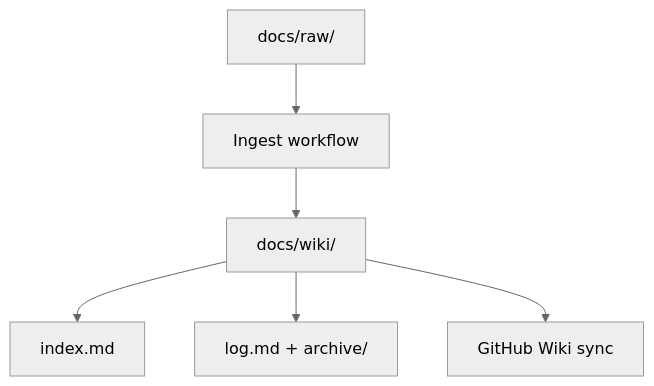
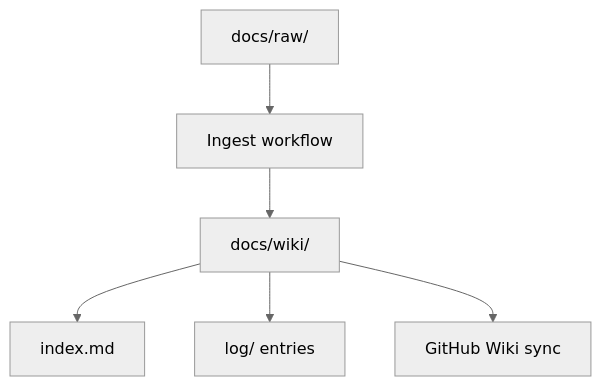
One commit to seantomburke/llm-wiki-template changed the diagram in docs/AGENTS.md. Above: the diagram before and after it, drawn with Mermaid (neutral theme). The commit also changed other lines of this file and 9 other files, not shown here.

````diff
--- a/docs/AGENTS.md
+++ b/docs/AGENTS.md
@@ -212,8 +190,8 @@
 ```mermaid
 flowchart TD
     Sources["docs/raw/"] --> Ingest["Ingest workflow"]
     Ingest --> Wiki["docs/wiki/"]
     Wiki --> Index["index.md"]
-    Wiki --> Log["log.md + archive/"]
+    Wiki --> Log["log/ entries"]
     Wiki --> Publish["GitHub Wiki sync"]
 ```
````
